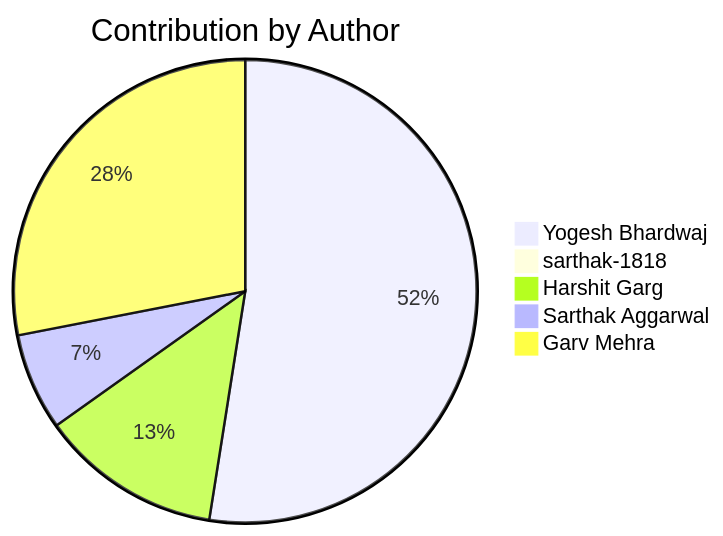
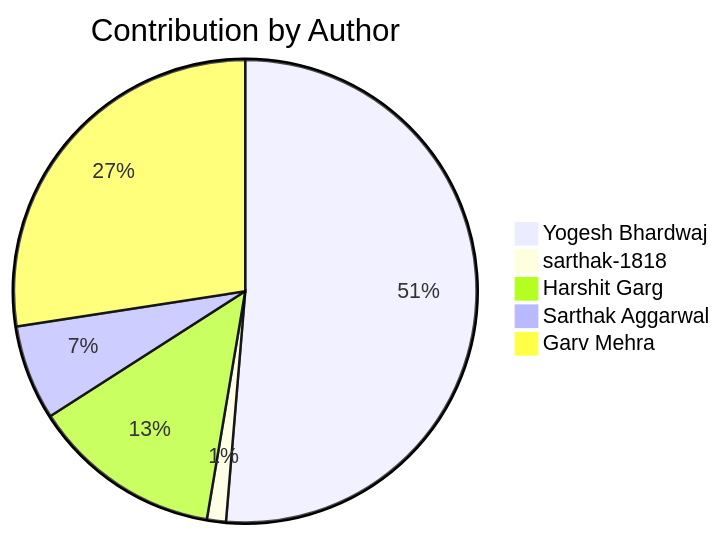
The second of 2 diagrams in README.md (Yogesh-Bhardwaj-hue/Scm-Final_2.0), drawn with Mermaid before and after one commit. The commit also changed other lines of this file, not shown here.

Commit message:
Update contribution charts

````diff
--- a/README.md
+++ b/README.md
@@ -190,8 +190,8 @@
 ```mermaid
 pie title Contribution by Author
     "Yogesh Bhardwaj": 116
-    "sarthak-1818": 2
-    "Harshit Garg": 28
+    "sarthak-1818": 3
+    "Harshit Garg": 30
     "Sarthak Aggarwal": 15
     "Garv Mehra": 62
 ```
````
